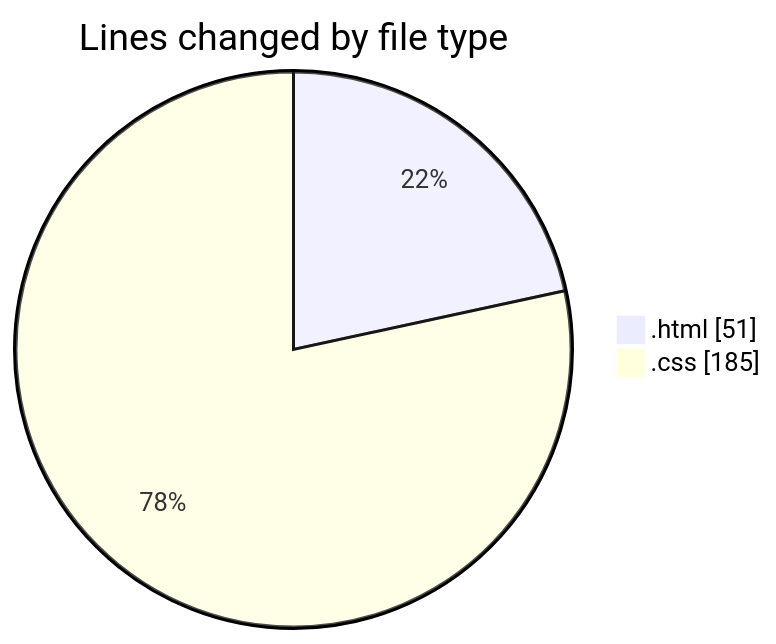
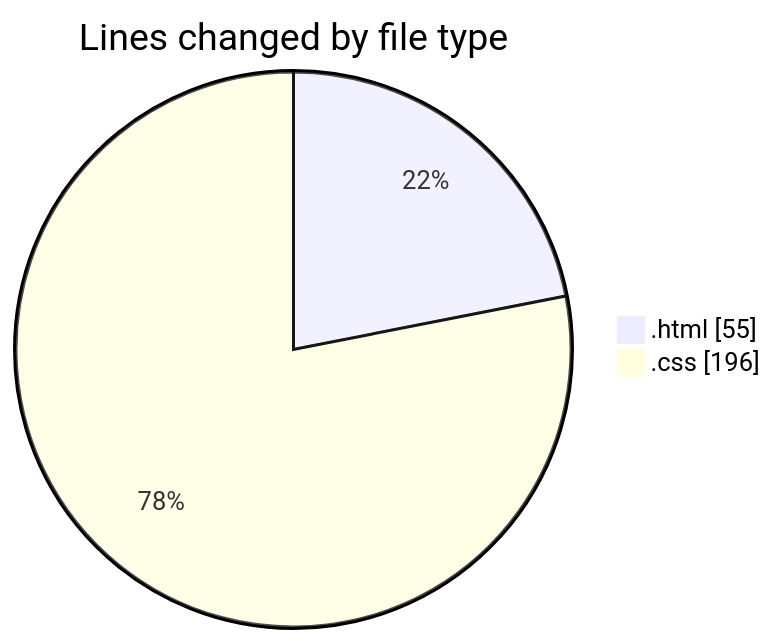
Before and after one commit to CELIANVF/code-tracking: the first of 2 diagrams in 2025-04-15/portfolio/README.md, drawn with Mermaid. The commit also changed other lines of this file and 1 other file, not shown here.

````diff
--- a/2025-04-15/portfolio/README.md
+++ b/2025-04-15/portfolio/README.md
@@ -21,6 +21,6 @@
 ```mermaid
 pie showData
 title Lines changed by file type
-".html" : 51
-".css" : 185
+".html" : 55
+".css" : 196
 ```
````
